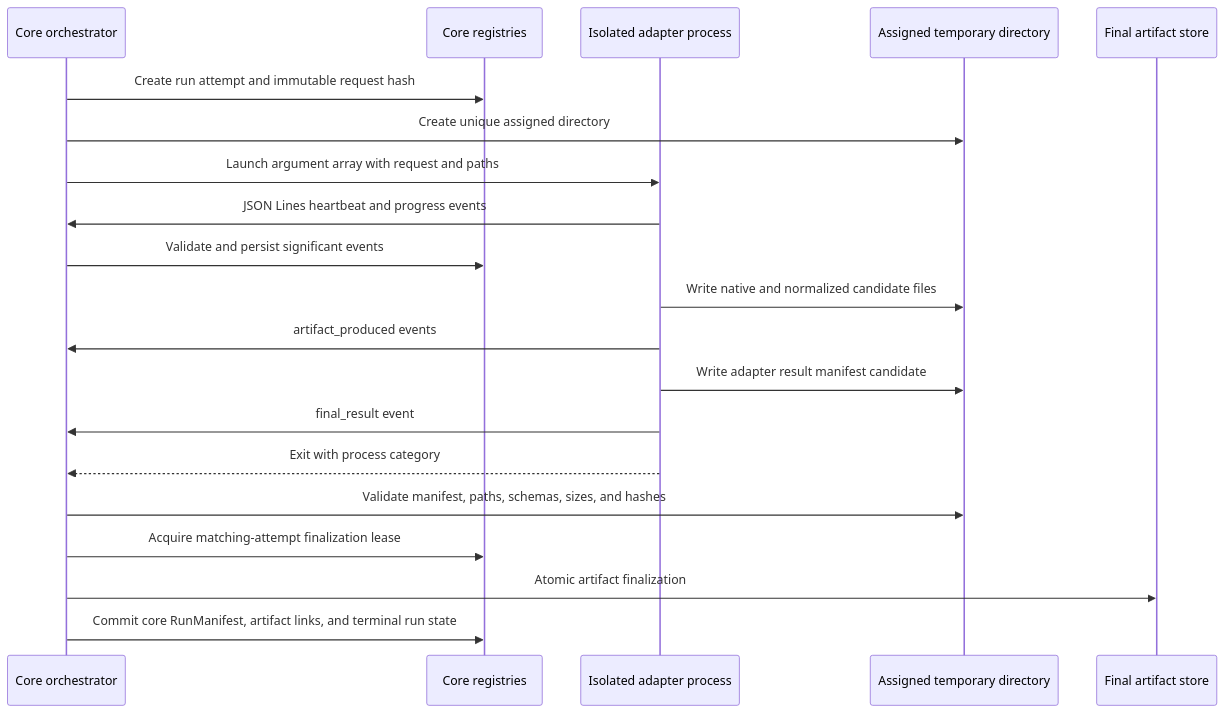
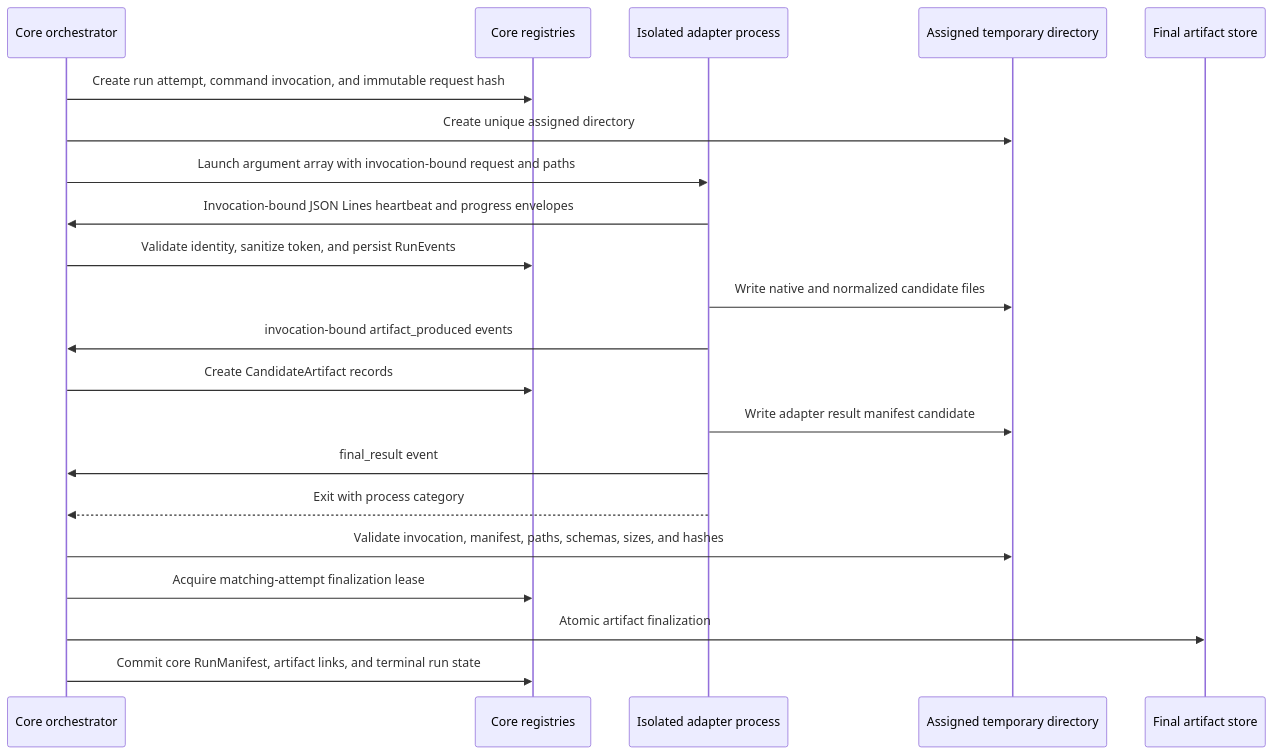
One commit to PratikRajSingh0612/Crypto_Trading changed the third of 6 diagrams in docs/superpowers/specs/2026-08-10-engine-neutral-core-design.md. Above: the diagram before and after it, drawn with Mermaid. The commit also changed other lines of this file, not shown here.

Commit message:
docs: clarify invocation token and artifact contracts

````diff
--- a/docs/superpowers/specs/2026-08-10-engine-neutral-core-design.md
+++ b/docs/superpowers/specs/2026-08-10-engine-neutral-core-design.md
@@ -853,23 +890,24 @@
 ```mermaid
 sequenceDiagram
     participant Core as Core orchestrator
     participant Registry as Core registries
     participant Child as Isolated adapter process
     participant Work as Assigned temporary directory
     participant Store as Final artifact store
 
-    Core->>Registry: Create run attempt and immutable request hash
+    Core->>Registry: Create run attempt, command invocation, and immutable request hash
     Core->>Work: Create unique assigned directory
-    Core->>Child: Launch argument array with request and paths
-    Child->>Core: JSON Lines heartbeat and progress events
-    Core->>Registry: Validate and persist significant events
+    Core->>Child: Launch argument array with invocation-bound request and paths
+    Child->>Core: Invocation-bound JSON Lines heartbeat and progress envelopes
+    Core->>Registry: Validate identity, sanitize token, and persist RunEvents
     Child->>Work: Write native and normalized candidate files
-    Child->>Core: artifact_produced events
+    Child->>Core: invocation-bound artifact_produced events
+    Core->>Registry: Create CandidateArtifact records
     Child->>Work: Write adapter result manifest candidate
     Child->>Core: final_result event
     Child-->>Core: Exit with process category
-    Core->>Work: Validate manifest, paths, schemas, sizes, and hashes
+    Core->>Work: Validate invocation, manifest, paths, schemas, sizes, and hashes
     Core->>Registry: Acquire matching-attempt finalization lease
     Core->>Store: Atomic artifact finalization
     Core->>Registry: Commit core RunManifest, artifact links, and terminal run state
 ```
````
